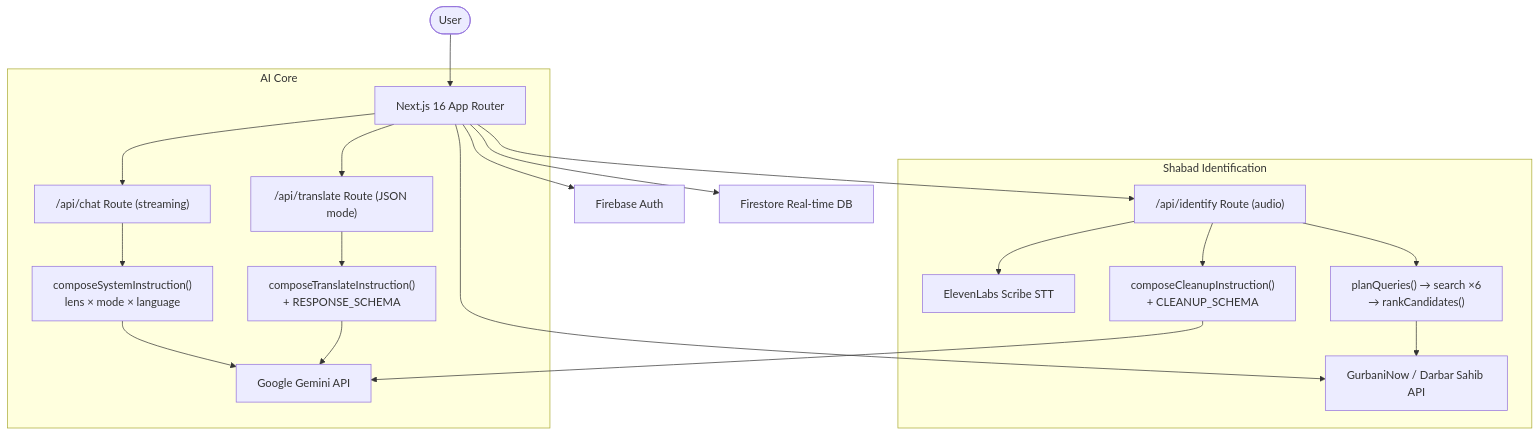
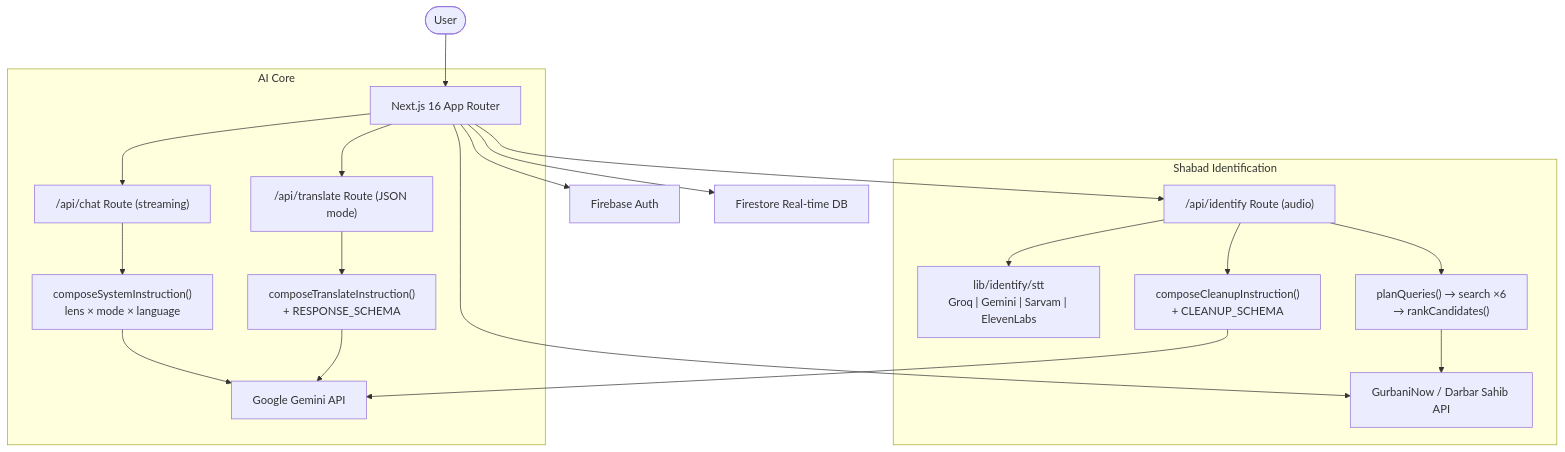
One commit to rohan1234usa/sikh-ai changed the diagram in README.md. Above: the diagram before and after it, drawn with Mermaid. The commit also changed other lines of this file and 10 other files, not shown here.

````diff
--- a/README.md
+++ b/README.md
@@ -36,25 +36,25 @@
 ```mermaid
 graph TD
     User([User]) --> Next[Next.js 16 App Router]
     Next --> Auth[Firebase Auth]
     Next --> DB[Firestore Real-time DB]
     Next --> Hukam[GurbaniNow / Darbar Sahib API]
 
     subgraph "AI Core"
     Next --> Route["/api/chat Route (streaming)"]
     Route --> Compose["composeSystemInstruction()<br/>lens × mode × language"]
     Next --> TRoute["/api/translate Route (JSON mode)"]
     TRoute --> TCompose["composeTranslateInstruction()<br/>+ RESPONSE_SCHEMA"]
     Compose --> Gemini[Google Gemini API]
     TCompose --> Gemini
     end
 
     subgraph "Shabad Identification"
     Next --> IRoute["/api/identify Route (audio)"]
-    IRoute --> Scribe[ElevenLabs Scribe STT]
+    IRoute --> STT["lib/identify/stt<br/>Groq | Gemini | Sarvam | ElevenLabs"]
     IRoute --> ICompose["composeCleanupInstruction()<br/>+ CLEANUP_SCHEMA"]
     ICompose --> Gemini
     IRoute --> Match["planQueries() → search ×6<br/>→ rankCandidates()"]
     Match --> Hukam
     end
 ```
````
